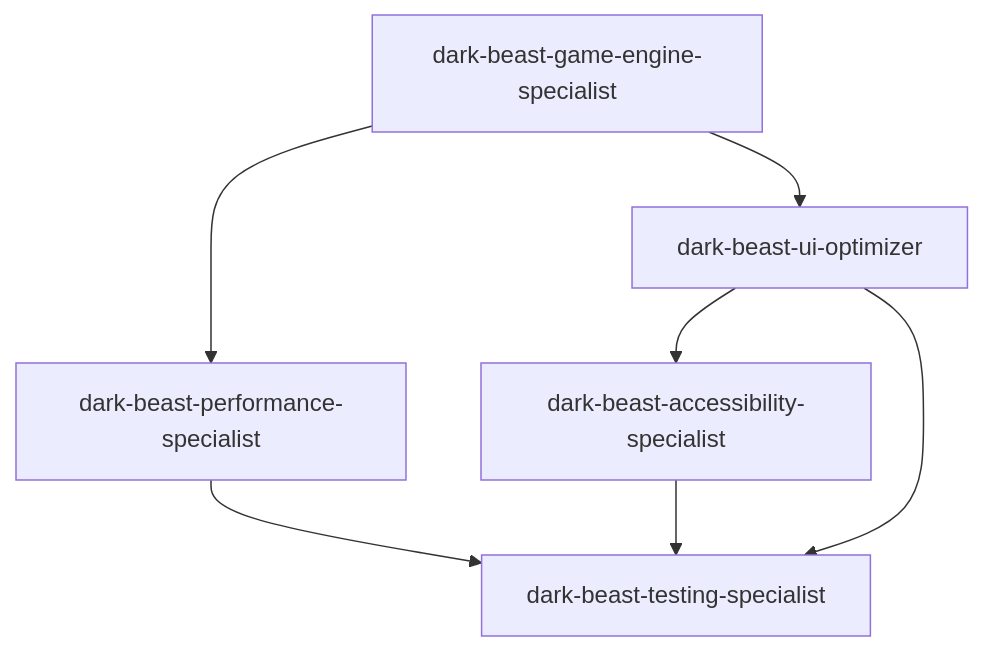
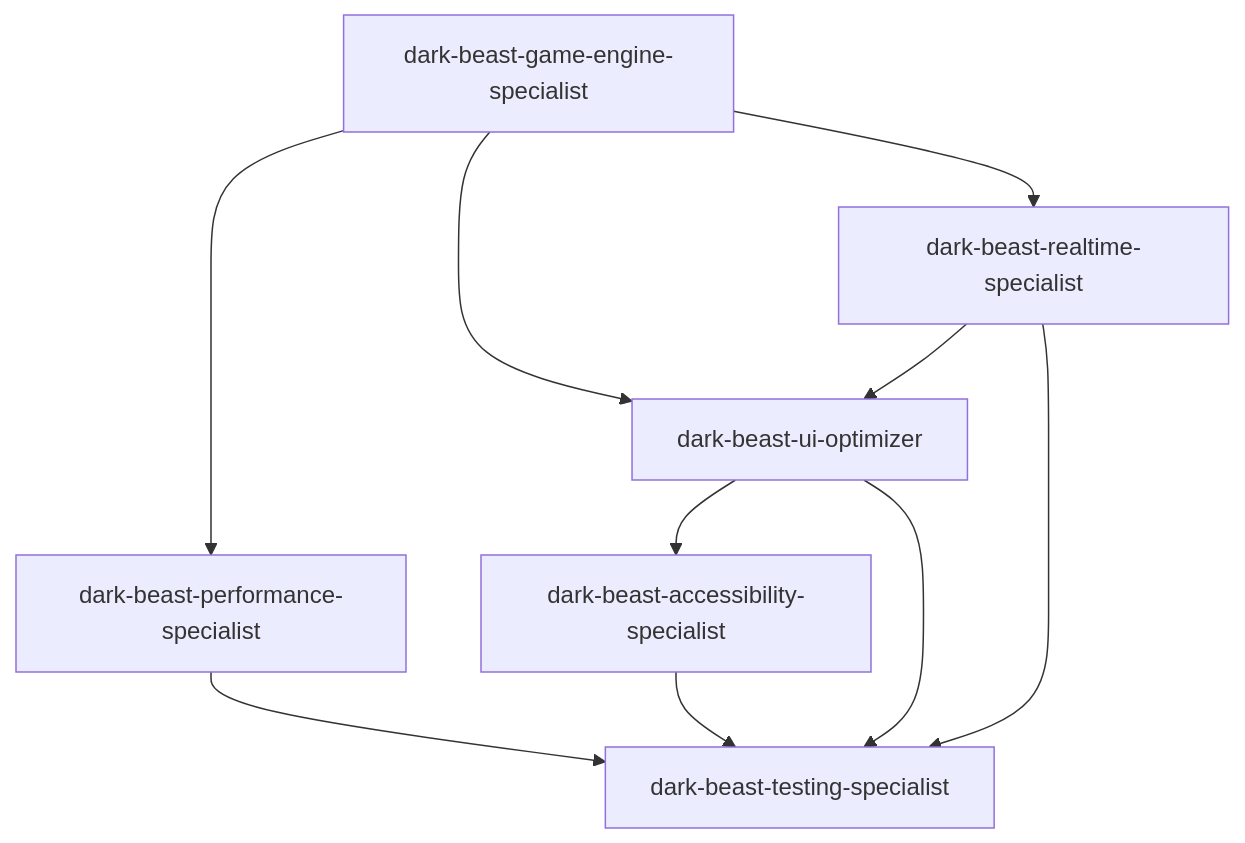
Before and after one commit to jay6697117/dark-beast-chess: the diagram in CLAUDE.md, drawn with Mermaid. The commit also changed other lines of this file and 25 other files, not shown here.

````diff
--- a/CLAUDE.md
+++ b/CLAUDE.md
@@ -19,9 +20,12 @@
 ```mermaid
 graph TD
     A[dark-beast-game-engine-specialist] --> B[dark-beast-ui-optimizer]
+    A --> F[dark-beast-realtime-specialist]
     A --> C[dark-beast-performance-specialist] 
     B --> D[dark-beast-accessibility-specialist]
+    F --> B
     C --> E[dark-beast-testing-specialist]
     D --> E
     B --> E
+    F --> E
 ```
````
